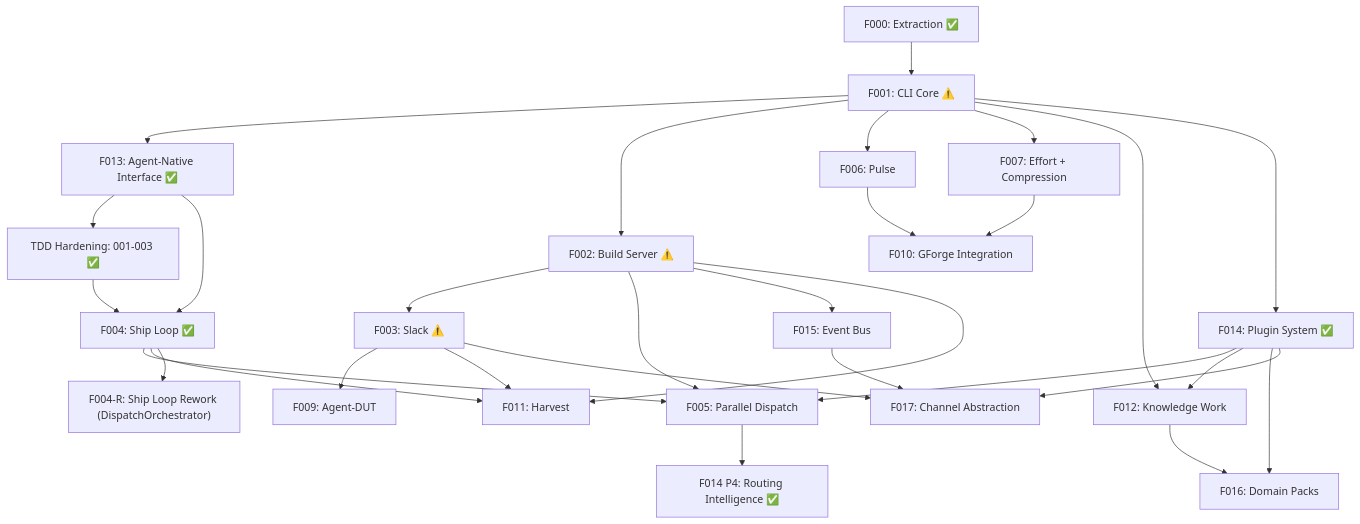
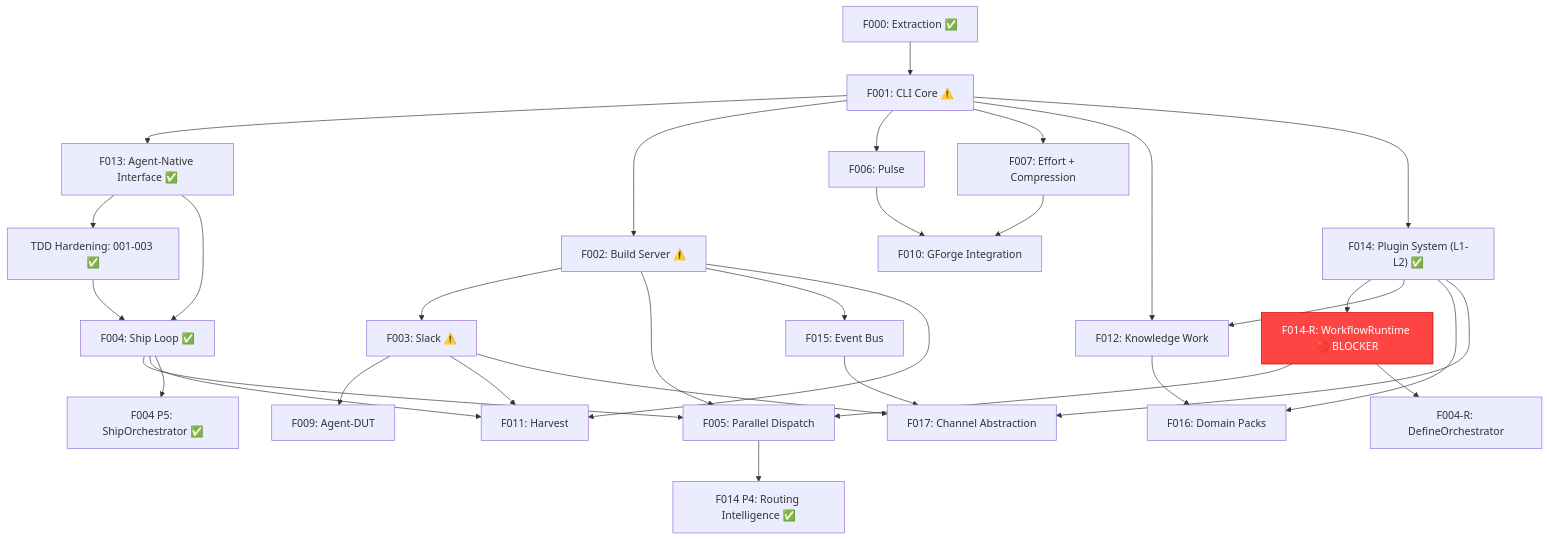
Before and after one commit to gforge-esc/gwrk: the first of 2 diagrams in specs/000-build-plan.md, drawn with Mermaid. The commit also changed other lines of this file and 2 other files, not shown here.

First line of the commit message:
docs: R004 shareability readiness assessment — F014-R rework scope locked

````diff
--- a/specs/000-build-plan.md
+++ b/specs/000-build-plan.md
@@ -24,32 +25,36 @@
 ```mermaid
 graph TD
     F000["F000: Extraction ✅"] --> F001["F001: CLI Core ⚠️"]
     F001 --> F013["F013: Agent-Native Interface ✅"]
     F001 --> F002["F002: Build Server ⚠️"]
     F001 --> F006["F006: Pulse"]
     F001 --> F007["F007: Effort + Compression"]
     F001 --> F012["F012: Knowledge Work"]
-    F001 --> F014["F014: Plugin System ✅"]
+    F001 --> F014["F014: Plugin System (L1-L2) ✅"]
     F002 --> F003["F003: Slack ⚠️"]
     F002 --> F005["F005: Parallel Dispatch"]
     F002 --> F015["F015: Event Bus"]
     F013 --> TDD["TDD Hardening: 001-003 ✅"]
     F013 --> F004["F004: Ship Loop ✅"]
     TDD --> F004
     F004 --> F005
     F004 --> F011["F011: Harvest"]
-    F004 --> F004R["F004-R: Ship Loop Rework (DispatchOrchestrator)"]
-    F014 --> F005
+    F004 --> F004P5["F004 P5: ShipOrchestrator ✅"]
+    F014 --> F014R["F014-R: WorkflowRuntime 🔴 BLOCKER"]
+    F014R --> F005
+    F014R --> F004RD["F004-R: DefineOrchestrator"]
     F014 --> F012
     F014 --> F016["F016: Domain Packs"]
     F014 --> F017["F017: Channel Abstraction"]
     F003 --> F009["F009: Agent-DUT"]
     F003 --> F011
     F002 --> F011
     F006 --> F010["F010: GForge Integration"]
     F007 --> F010
     F015 --> F017
     F003 --> F017
     F012 --> F016
     F005 --> F014P4["F014 P4: Routing Intelligence ✅"]
+
+    style F014R fill:#ff4444,stroke:#cc0000,color:#fff
 ```
````
